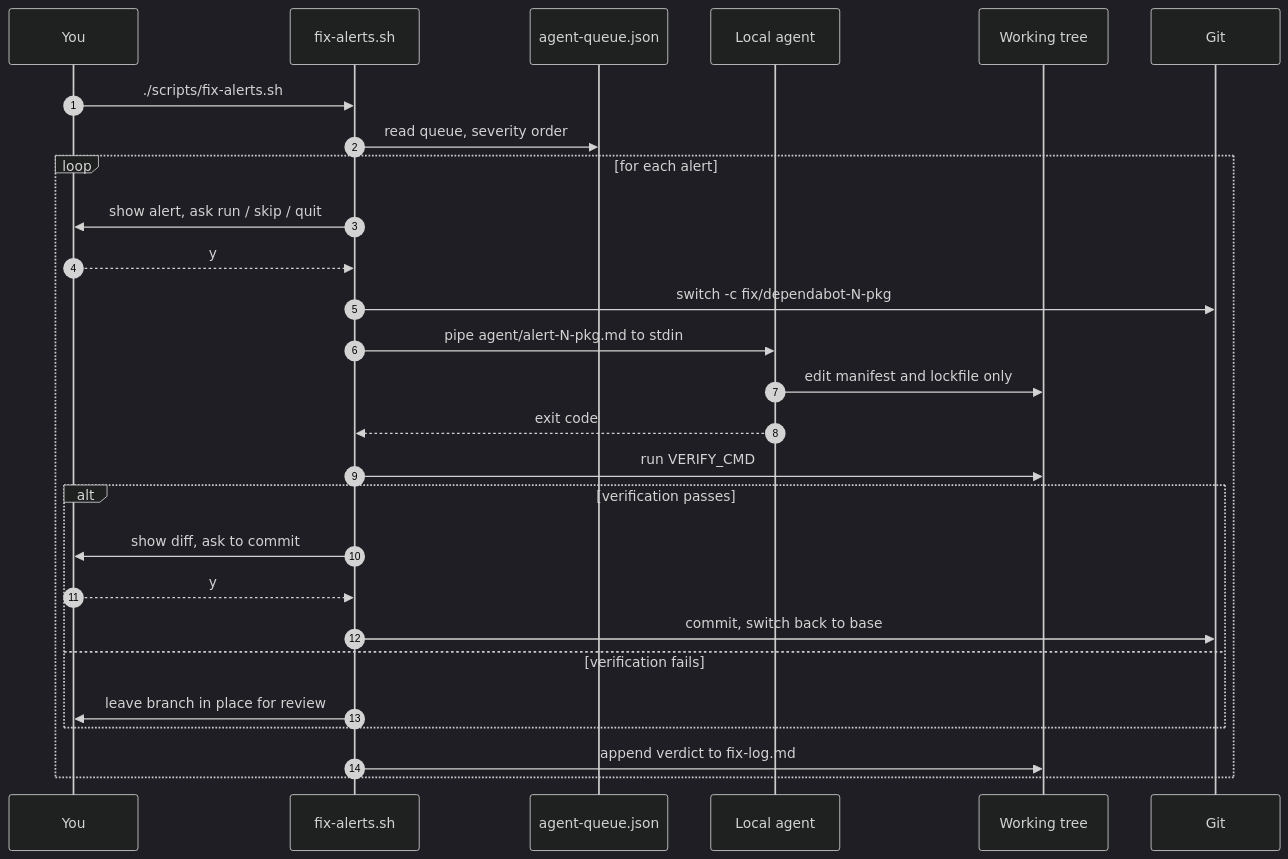
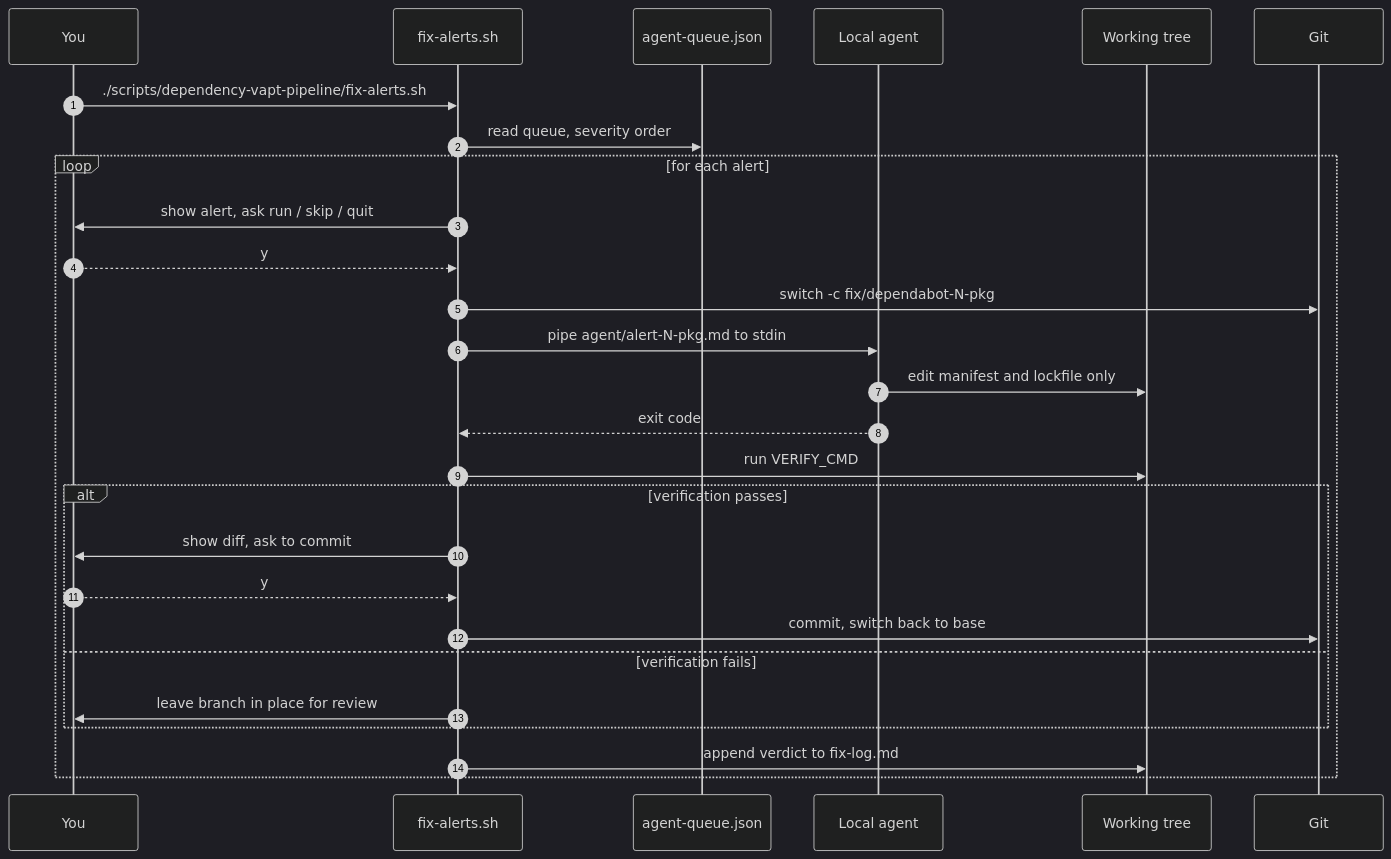
Before and after one commit to Mohitur669/speakit: the third of 4 diagrams in docs/dependabot-pipeline-architechture.md, drawn with Mermaid (dark theme). The commit also changed other lines of this file and 2 other files, not shown here.

Commit message:
docs: update path to fix-alerts.sh in documentation and script comments

````diff
--- a/docs/dependabot-pipeline-architechture.md
+++ b/docs/dependabot-pipeline-architechture.md
@@ -134,30 +134,30 @@
 ```mermaid
 sequenceDiagram
     autonumber
     participant Dev as You
     participant Sh as fix-alerts.sh
     participant Q as agent-queue.json
     participant Ag as Local agent
     participant Repo as Working tree
     participant Git as Git
 
-    Dev->>Sh: ./scripts/fix-alerts.sh
+    Dev->>Sh: ./scripts/dependency-vapt-pipeline/fix-alerts.sh
     Sh->>Q: read queue, severity order
     loop for each alert
         Sh->>Dev: show alert, ask run / skip / quit
         Dev-->>Sh: y
         Sh->>Git: switch -c fix/dependabot-N-pkg
         Sh->>Ag: pipe agent/alert-N-pkg.md to stdin
         Ag->>Repo: edit manifest and lockfile only
         Ag-->>Sh: exit code
         Sh->>Repo: run VERIFY_CMD
         alt verification passes
             Sh->>Dev: show diff, ask to commit
             Dev-->>Sh: y
             Sh->>Git: commit, switch back to base
         else verification fails
             Sh->>Dev: leave branch in place for review
         end
         Sh->>Repo: append verdict to fix-log.md
     end
 ```
````
